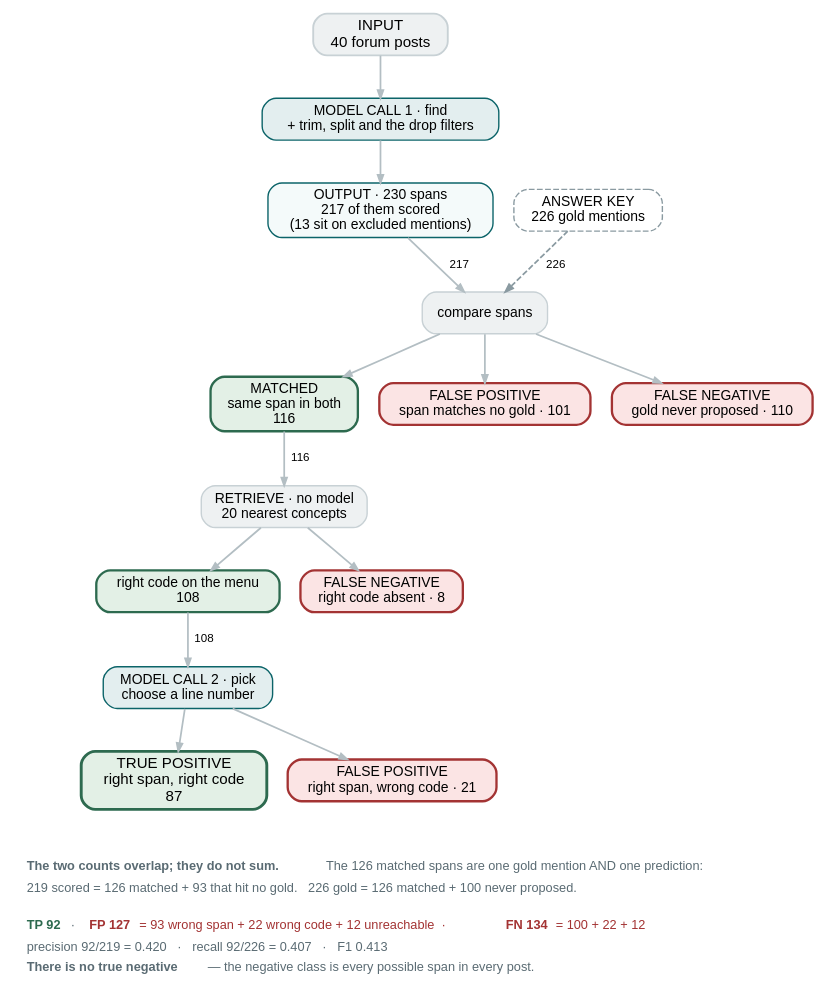
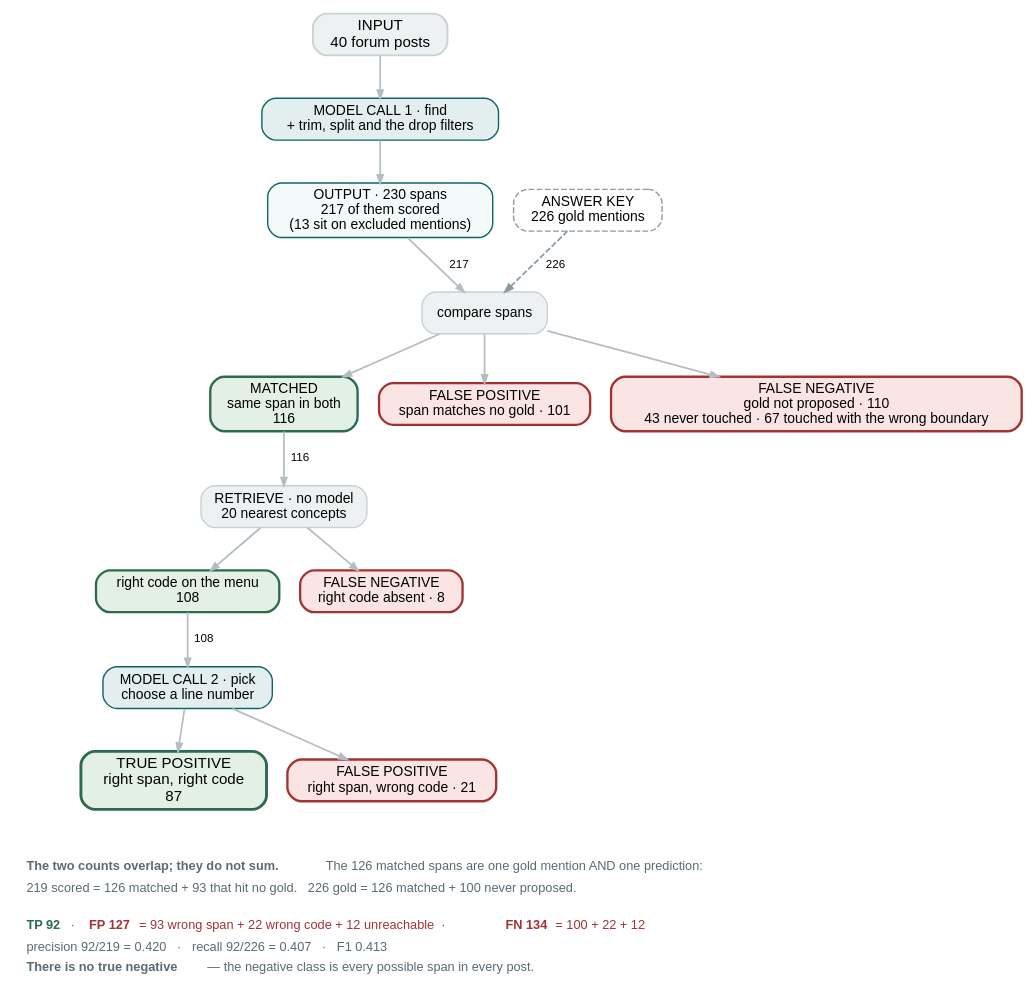
Before and after one commit to wbagais/reliability-ladder: the diagram in docs/figures/fig9-funnel.dot, drawn with Graphviz. The commit also changed 2 other files, not shown here.

Commit message:
fig 4 and §2: the 110 missed mentions split into 43 never touched and 67 wrong-boundary

```diff
--- a/docs/figures/fig9-funnel.dot
+++ b/docs/figures/fig9-funnel.dot
@@ -1,70 +1,70 @@
 // Where rung 0's answers go, CADEC dev, rerun-cadec-d0 (2026-09-03; draw 1 identical).
 //
 // THE INPUT IS 40 POSTS. Everything else is either something the system
 // produced or something the answer key says. Gold is NOT an input — it is the
 // key the output is compared against afterwards, drawn dashed for that reason.
 //
 // THREE OUTCOMES, NOT FOUR. A true negative would be a span correctly not
 // extracted, and the negative class is every possible span in every post —
 // unbounded, so uncountable. Hence precision/recall/F1, none of which use TN.
 // FiNER is the exception: its candidates are the numeric tokens, which ARE
 // enumerable, so "correctly tagged nothing" is measurable there.
 //
 // 230 records are emitted; 13 sit on mentions excluded from scoring and are
 // neither credited nor blamed; 217 are scored. Counts are score_run's and
 // ladder/analysis.error_budget's (out/rerun/cadec.json).
 //
 // COLOUR KEY — the article's, unchanged:
 //   teal  #0c6469  a model runs here     green #2d6a4f  correct
 //   red   #a33333  wrong or lost         grey  #5a6b73  a stage, no verdict
 digraph funnel {
   rankdir=TB; bgcolor="white";
   node [shape=box style="filled,rounded" fontname="Helvetica" fontsize=12
         color="#c8d1d5" penwidth=1.2];
   edge [color="#b3bec3" penwidth=1.5 arrowsize=0.7 fontname="Helvetica" fontsize=10];
 
   input [label="INPUT\n40 forum posts" fillcolor="#eef1f2" fontsize=13 penwidth=1.6];
   find  [label="MODEL CALL 1 · find\n+ trim, split and the drop filters" fillcolor="#e3eeef" color="#0c6469"];
   out1  [label="OUTPUT · 230 spans\n217 of them scored\n(13 sit on excluded mentions)" fillcolor="#f4fafa" color="#0c6469"];
 
   key   [label="ANSWER KEY\n226 gold mentions" fillcolor="#ffffff" color="#8a9aa1"
          style="dashed,rounded" fontsize=12];
   cmp   [label="compare spans" fillcolor="#eef1f2" shape=box];
 
   found [label="MATCHED\nsame span in both\n116" fillcolor="#e3f0e6" color="#2d6a4f" penwidth=2];
   fp1   [label="FALSE POSITIVE\nspan matches no gold · 101" fillcolor="#fbe4e4" color="#a33333" penwidth=2];
-  fn1   [label="FALSE NEGATIVE\ngold never proposed · 110" fillcolor="#fbe4e4" color="#a33333" penwidth=2];
+  fn1   [label="FALSE NEGATIVE\ngold not proposed · 110\n43 never touched · 67 touched with the wrong boundary" fillcolor="#fbe4e4" color="#a33333" penwidth=2];
 
   ret    [label="RETRIEVE · no model\n20 nearest concepts" fillcolor="#eef1f2"];
   onmenu [label="right code on the menu\n108" fillcolor="#e3f0e6" color="#2d6a4f" penwidth=2];
   fn2    [label="FALSE NEGATIVE\nright code absent · 8" fillcolor="#fbe4e4" color="#a33333" penwidth=2];
 
   pick   [label="MODEL CALL 2 · pick\nchoose a line number" fillcolor="#e3eeef" color="#0c6469"];
   tp     [label="TRUE POSITIVE\nright span, right code\n87" fillcolor="#e3f0e6" color="#2d6a4f" penwidth=2.5 fontsize=13];
   fp2    [label="FALSE POSITIVE\nright span, wrong code · 21" fillcolor="#fbe4e4" color="#a33333" penwidth=2];
 
   input -> find -> out1;
   out1 -> cmp [label="  217"];
   key  -> cmp [label="  226  " style=dashed color="#8a9aa1"];
   cmp -> found; cmp -> fp1; cmp -> fn1;
   found -> ret [label="  116"];
   ret -> onmenu; ret -> fn2;
   onmenu -> pick [label="  108"];
   pick -> tp; pick -> fp2;
 
   { rank=same; out1; key }
   { rank=same; fn1; found; fp1 }
   { rank=same; onmenu; fn2 }
   { rank=same; tp; fp2 }
 
   note [shape=plaintext style="" fillcolor="white"
         label=<<TABLE BORDER="0" CELLBORDER="0" CELLSPACING="0" CELLPADDING="3">
         <TR><TD ALIGN="LEFT"><FONT POINT-SIZE="11" COLOR="#5a6b73"><B>The two counts overlap; they do not sum.</B> The 126 matched spans are one gold mention AND one prediction:</FONT></TD></TR>
         <TR><TD ALIGN="LEFT"><FONT POINT-SIZE="11" COLOR="#5a6b73">219 scored = 126 matched + 93 that hit no gold. &#160; 226 gold = 126 matched + 100 never proposed.</FONT></TD></TR>
         <TR><TD ALIGN="LEFT"><FONT POINT-SIZE="8"> </FONT></TD></TR>
         <TR><TD ALIGN="LEFT"><FONT POINT-SIZE="11" COLOR="#2d6a4f"><B>TP 92</B></FONT><FONT POINT-SIZE="11" COLOR="#5a6b73">  ·  </FONT><FONT POINT-SIZE="11" COLOR="#a33333"><B>FP 127</B> = 93 wrong span + 22 wrong code + 12 unreachable  ·  <B>FN 134</B> = 100 + 22 + 12</FONT></TD></TR>
         <TR><TD ALIGN="LEFT"><FONT POINT-SIZE="11" COLOR="#5a6b73">precision 92/219 = 0.420   ·   recall 92/226 = 0.407   ·   F1 0.413</FONT></TD></TR>
         <TR><TD ALIGN="LEFT"><FONT POINT-SIZE="11" COLOR="#5a6b73"><B>There is no true negative</B> — the negative class is every possible span in every post.</FONT></TD></TR>
         </TABLE>>];
   fp2 -> note [style=invis];
 }
```
